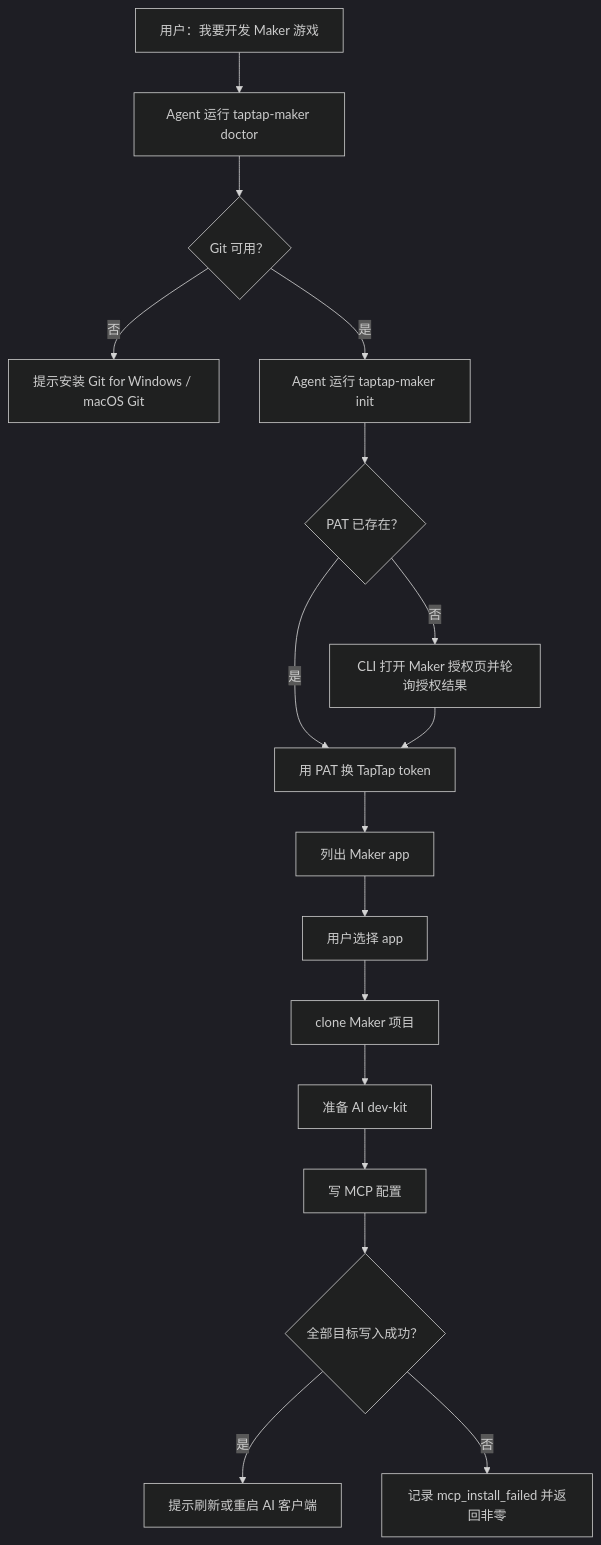
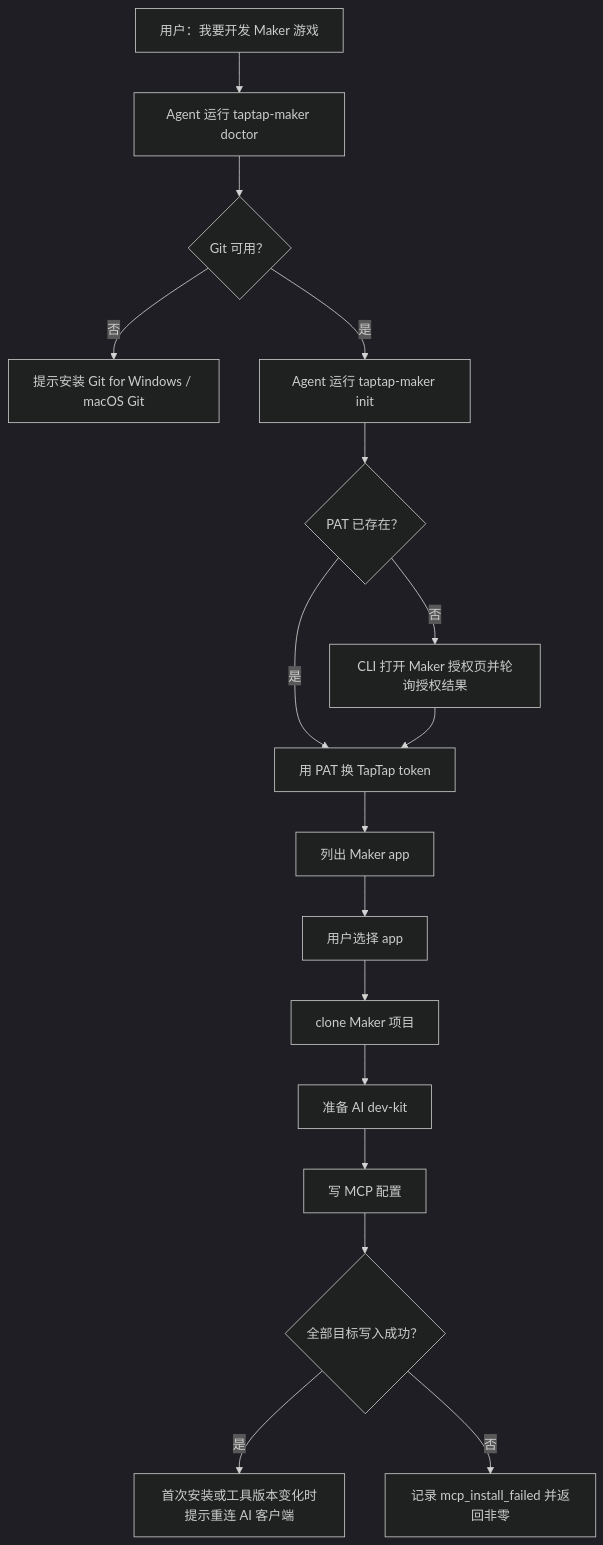
One commit to taptap/instant-games-open-mcp changed the first of 2 diagrams in docs/MAKER_CLI_MCP_SKILL_REWORK_OVERVIEW.md. Above: the diagram before and after it, drawn with Mermaid (dark theme). The commit also changed other lines of this file and 20 other files, not shown here.

````diff
--- a/docs/MAKER_CLI_MCP_SKILL_REWORK_OVERVIEW.md
+++ b/docs/MAKER_CLI_MCP_SKILL_REWORK_OVERVIEW.md
@@ -146,19 +147,19 @@
 ```mermaid
 flowchart TD
   A["用户：我要开发 Maker 游戏"] --> B["Agent 运行 taptap-maker doctor"]
   B --> C{"Git 可用？"}
   C -- "否" --> C1["提示安装 Git for Windows / macOS Git"]
   C -- "是" --> D["Agent 运行 taptap-maker init"]
   D --> E{"PAT 已存在？"}
   E -- "否" --> E1["CLI 打开 Maker 授权页并轮询授权结果"]
   E -- "是" --> F["用 PAT 换 TapTap token"]
   E1 --> F
   F --> G["列出 Maker app"]
   G --> H["用户选择 app"]
   H --> I["clone Maker 项目"]
   I --> J["准备 AI dev-kit"]
   J --> K["写 MCP 配置"]
   K --> L{"全部目标写入成功？"}
-  L -- "是" --> M["提示刷新或重启 AI 客户端"]
+  L -- "是" --> M["首次安装或工具版本变化时提示重连 AI 客户端"]
   L -- "否" --> N["记录 mcp_install_failed 并返回非零"]
 ```
````
